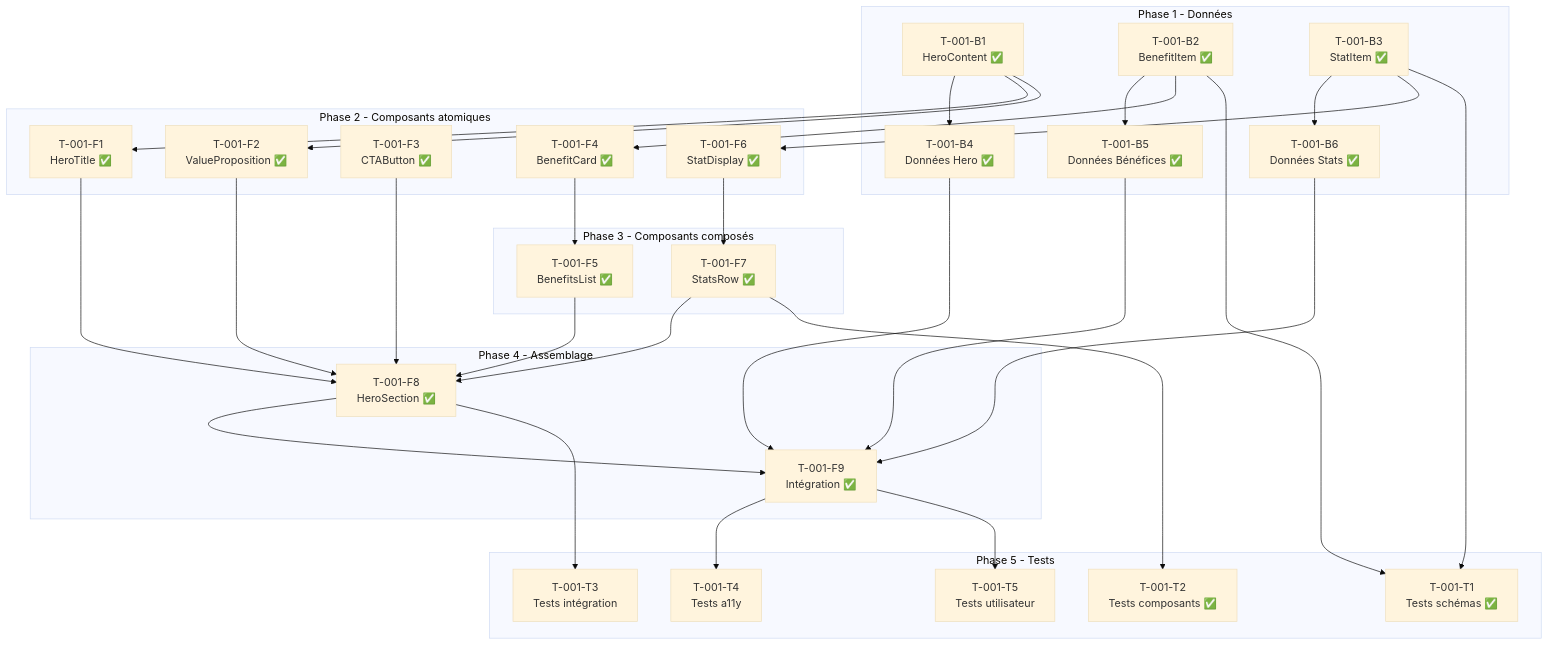
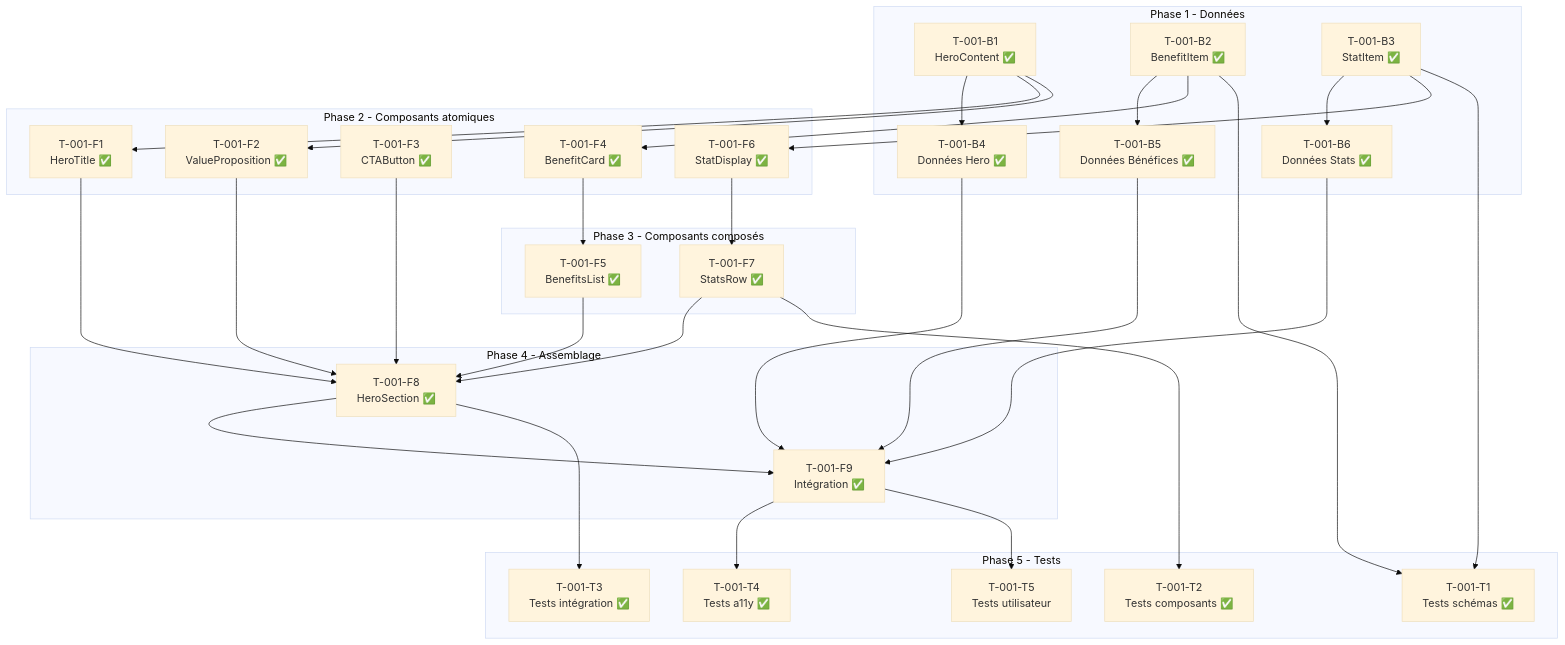
The diagram in docs/specs/US-001/spec.md (everssteeve/AIADwebsite), drawn with Mermaid (base theme) before and after one commit. The commit also changed other lines of this file and 12 other files, not shown here.

````diff
--- a/docs/specs/US-001/spec.md
+++ b/docs/specs/US-001/spec.md
@@ -105,66 +105,66 @@
 ```mermaid
 graph TD
     subgraph "Phase 1 - Données"
         B1[T-001-B1<br/>HeroContent ✅]
         B2[T-001-B2<br/>BenefitItem ✅]
         B3[T-001-B3<br/>StatItem ✅]
         B4[T-001-B4<br/>Données Hero ✅]
         B5[T-001-B5<br/>Données Bénéfices ✅]
         B6[T-001-B6<br/>Données Stats ✅]
     end
 
     subgraph "Phase 2 - Composants atomiques"
         F1[T-001-F1<br/>HeroTitle ✅]
         F2[T-001-F2<br/>ValueProposition ✅]
         F3[T-001-F3<br/>CTAButton ✅]
         F4[T-001-F4<br/>BenefitCard ✅]
         F6[T-001-F6<br/>StatDisplay ✅]
     end
 
     subgraph "Phase 3 - Composants composés"
         F5[T-001-F5<br/>BenefitsList ✅]
         F7[T-001-F7<br/>StatsRow ✅]
     end
 
     subgraph "Phase 4 - Assemblage"
         F8[T-001-F8<br/>HeroSection ✅]
         F9[T-001-F9<br/>Intégration ✅]
     end
 
     subgraph "Phase 5 - Tests"
         T1[T-001-T1<br/>Tests schémas ✅]
         T2[T-001-T2<br/>Tests composants ✅]
-        T3[T-001-T3<br/>Tests intégration]
-        T4[T-001-T4<br/>Tests a11y]
+        T3[T-001-T3<br/>Tests intégration ✅]
+        T4[T-001-T4<br/>Tests a11y ✅]
         T5[T-001-T5<br/>Tests utilisateur]
     end
 
     B1 --> B4
     B1 --> F1
     B1 --> F2
     B2 --> B5
     B2 --> F4
     B3 --> B6
     B3 --> F6
 
     F4 --> F5
     F6 --> F7
 
     F1 --> F8
     F2 --> F8
     F3 --> F8
     F5 --> F8
     F7 --> F8
 
     F8 --> F9
     B4 --> F9
     B5 --> F9
     B6 --> F9
 
     B2 --> T1
     B3 --> T1
     F7 --> T2
     F8 --> T3
     F9 --> T4
     F9 --> T5
 ```
````
